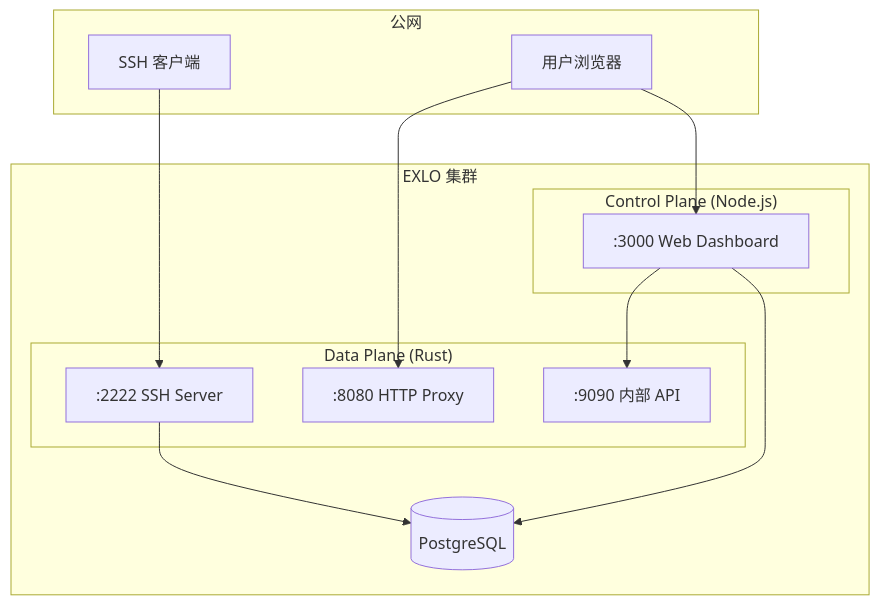
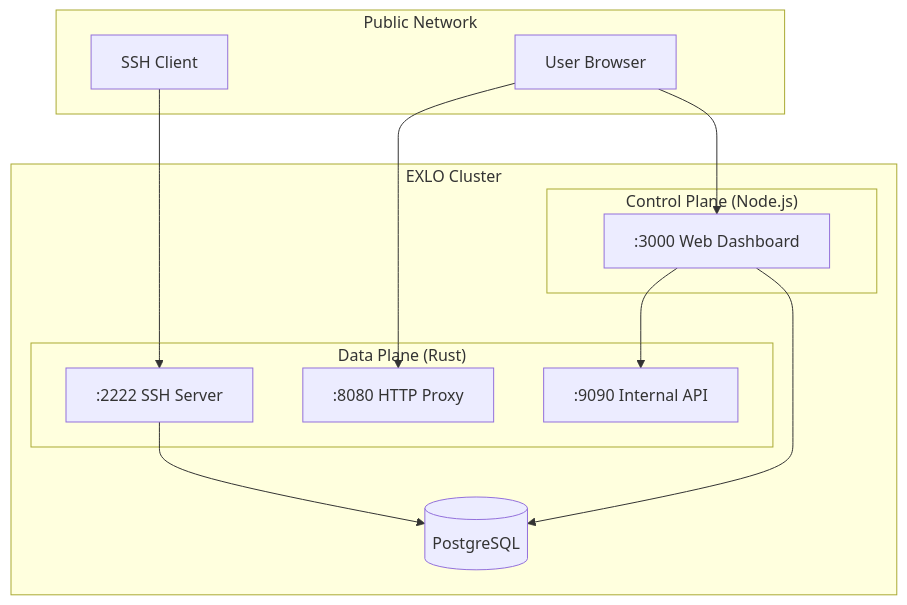
One commit to ZingerLittleBee/EXLO changed the diagram in apps/docs/content/docs/deployment/index.mdx. Above: the diagram before and after it, drawn with Mermaid. The commit also changed other lines of this file and 28 other files, not shown here.

````diff
--- a/apps/docs/content/docs/deployment/index.mdx
+++ b/apps/docs/content/docs/deployment/index.mdx
@@ -13,28 +13,28 @@
 ```mermaid
 graph TB
-    subgraph "公网"
-        User[用户浏览器]
-        SSH[SSH 客户端]
+    subgraph "Public Network"
+        User[User Browser]
+        SSH[SSH Client]
     end
 
-    subgraph "EXLO 集群"
+    subgraph "EXLO Cluster"
         subgraph "Data Plane (Rust)"
             SSH_Server[":2222 SSH Server"]
             HTTP_Proxy[":8080 HTTP Proxy"]
-            Mgmt_API[":9090 内部 API"]
+            Mgmt_API[":9090 Internal API"]
         end
 
         subgraph "Control Plane (Node.js)"
             Web[":3000 Web Dashboard"]
         end
 
         DB[(PostgreSQL)]
     end
 
     SSH --> SSH_Server
     User --> HTTP_Proxy
     User --> Web
     Web --> Mgmt_API
     SSH_Server --> DB
     Web --> DB
 ```
````
